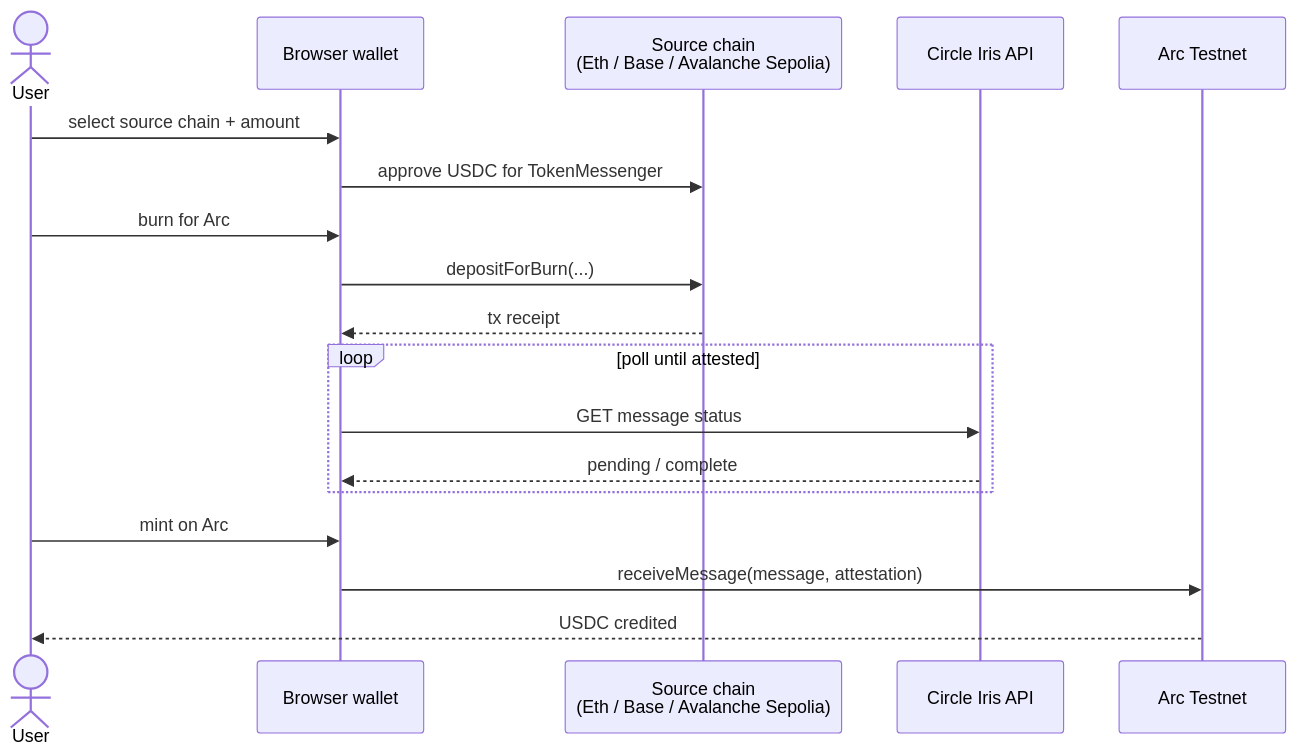
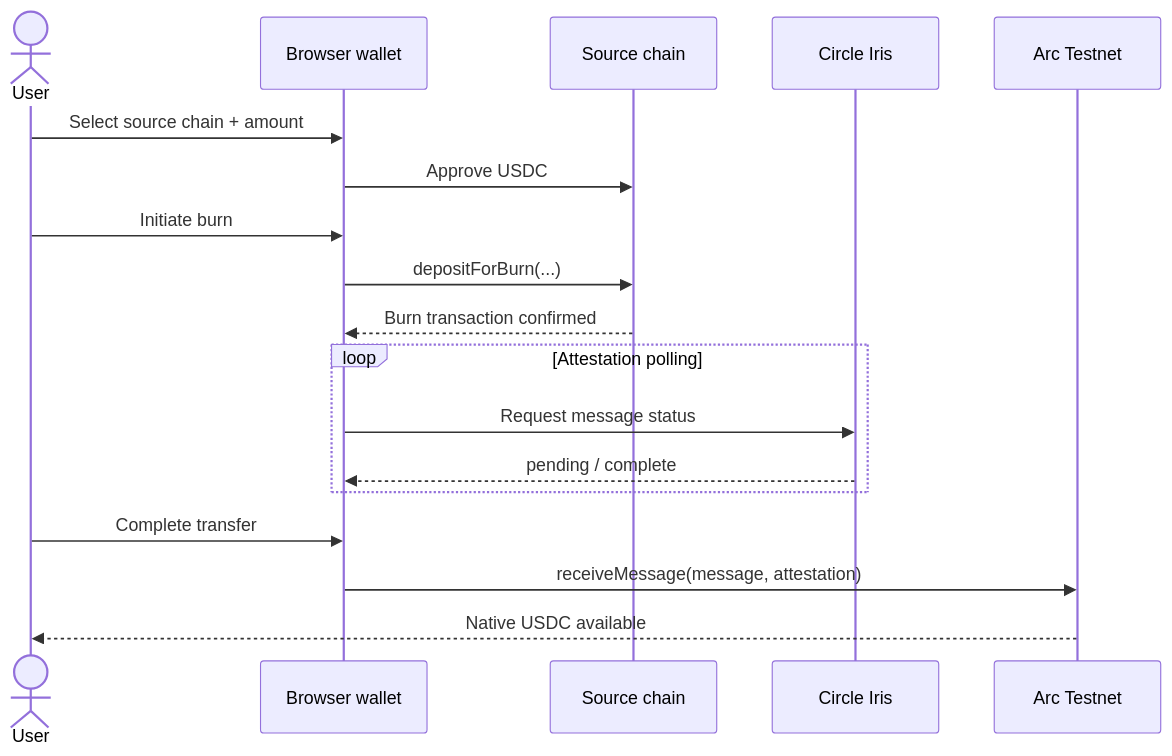
Before and after one commit to blocknine0/geomacro: the ninth of 13 diagrams in README.md, drawn with Mermaid. The commit also changed other lines of this file, not shown here.

````diff
--- a/README.md
+++ b/README.md
@@ -226,23 +505,23 @@
 ```mermaid
 sequenceDiagram
     actor User
     participant Wallet as Browser wallet
-    participant Source as Source chain<br/>(Eth / Base / Avalanche Sepolia)
-    participant Iris as Circle Iris API
+    participant Source as Source chain
+    participant Iris as Circle Iris
     participant Arc as Arc Testnet
 
-    User->>Wallet: select source chain + amount
-    Wallet->>Source: approve USDC for TokenMessenger
-    User->>Wallet: burn for Arc
+    User->>Wallet: Select source chain + amount
+    Wallet->>Source: Approve USDC
+    User->>Wallet: Initiate burn
     Wallet->>Source: depositForBurn(...)
-    Source-->>Wallet: tx receipt
+    Source-->>Wallet: Burn transaction confirmed
 
-    loop poll until attested
-        Wallet->>Iris: GET message status
+    loop Attestation polling
+        Wallet->>Iris: Request message status
         Iris-->>Wallet: pending / complete
     end
 
-    User->>Wallet: mint on Arc
+    User->>Wallet: Complete transfer
     Wallet->>Arc: receiveMessage(message, attestation)
-    Arc-->>User: USDC credited
+    Arc-->>User: Native USDC available
 ```
````
